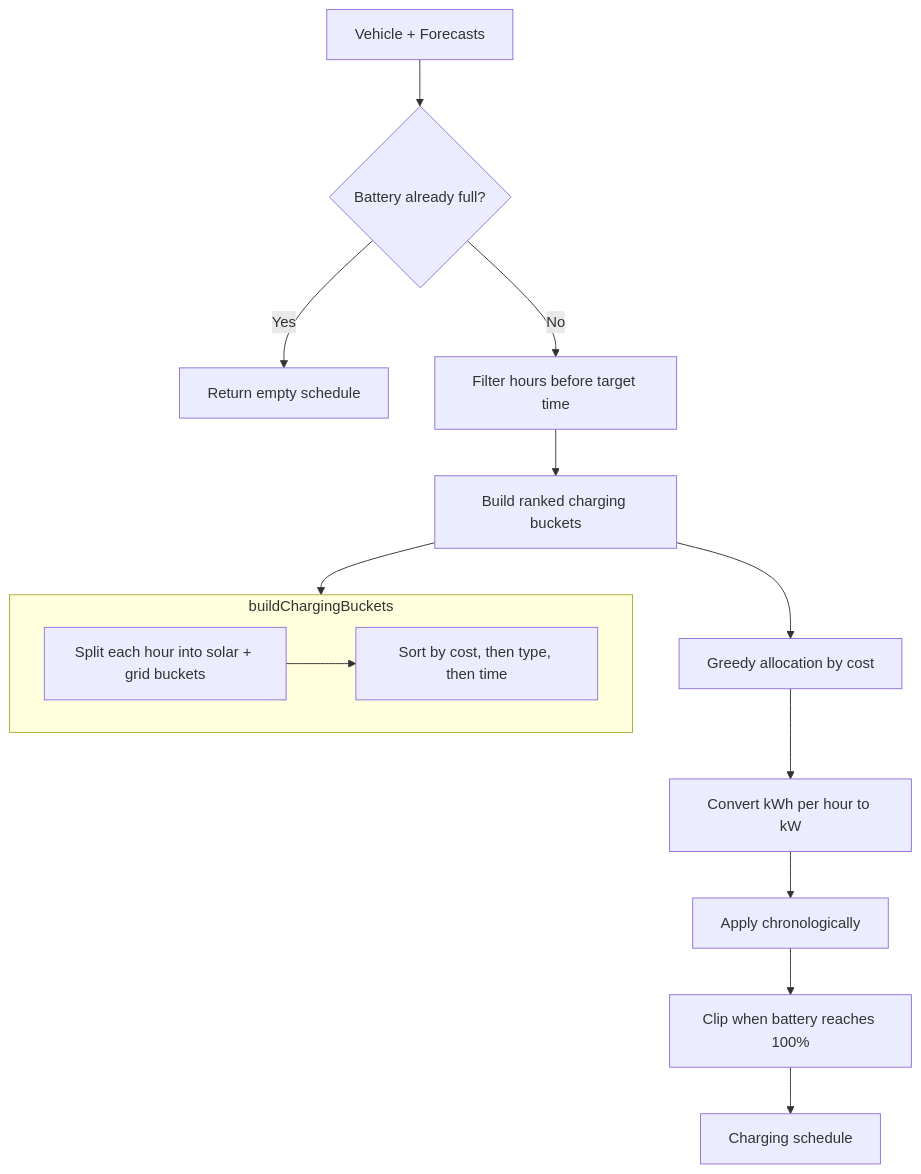
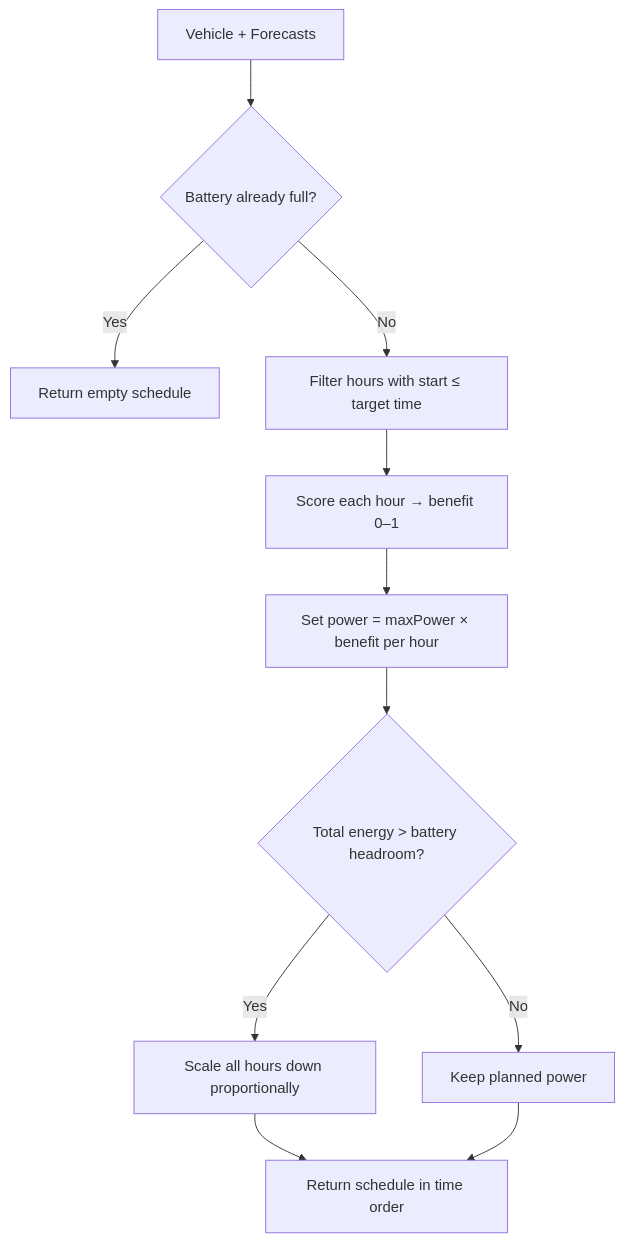
One commit to maitrux/ev-charging-optimizer changed the second of 3 diagrams in README.md. Above: the diagram before and after it, drawn with Mermaid. The commit also changed other lines of this file and 1 other file, not shown here.

````diff
--- a/README.md
+++ b/README.md
@@ -71,20 +92,13 @@
 ```mermaid
 flowchart TD
   A[Vehicle + Forecasts] --> B{Battery already full?}
   B -->|Yes| Z[Return empty schedule]
-  B -->|No| C[Filter hours before target time]
-  C --> D[Build ranked charging buckets]
-  D --> E[Greedy allocation by cost]
-  E --> F[Convert kWh per hour to kW]
-  F --> G[Apply chronologically]
-  G --> H[Clip when battery reaches 100%]
-  H --> I[Charging schedule]
-
-  subgraph bucketBuild [buildChargingBuckets]
-    D1[Split each hour into solar + grid buckets]
-    D2[Sort by cost, then type, then time]
-    D1 --> D2
-  end
-
-  D --> bucketBuild
+  B -->|No| C[Filter hours with start ≤ target time]
+  C --> D[Score each hour → benefit 0–1]
+  D --> E[Set power = maxPower × benefit per hour]
+  E --> F{Total energy > battery headroom?}
+  F -->|Yes| G[Scale all hours down proportionally]
+  F -->|No| H[Keep planned power]
+  G --> I[Return schedule in time order]
+  H --> I
 ```
````
